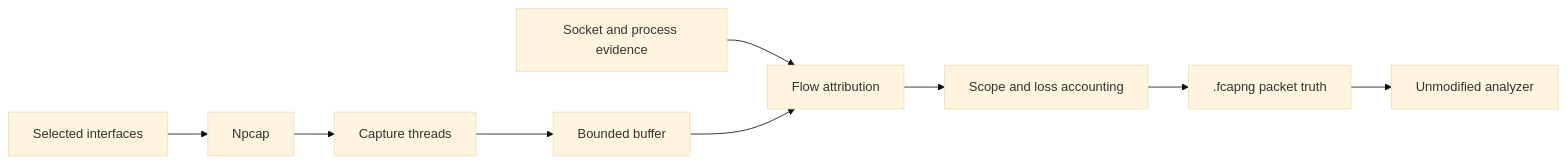
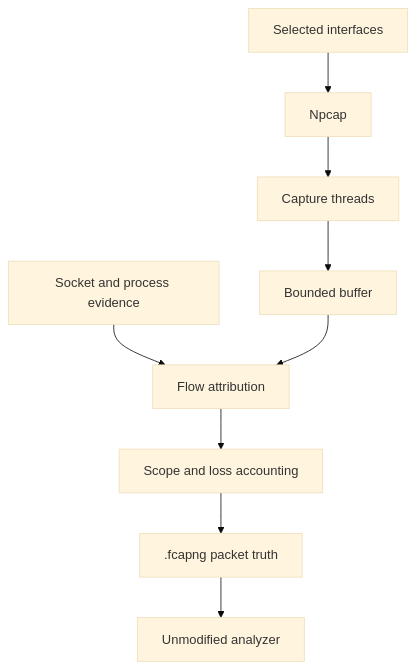
Before and after one commit to h8rt3rmin8r/fragcap: the first of 2 diagrams in site/content/docs/architecture.mdx, drawn with Mermaid (base theme). The commit also changed other lines of this file and 41 other files, not shown here.

````diff
--- a/site/content/docs/architecture.mdx
+++ b/site/content/docs/architecture.mdx
@@ -35,12 +22,12 @@
 ```mermaid
-flowchart LR
+flowchart TB
   accTitle: Capture packet attribution architecture
   nic["Selected interfaces"] --> npcap["Npcap"]
   npcap --> threads["Capture threads"]
   threads --> buffer["Bounded buffer"]
   evidence["Socket and process evidence"] --> attr["Flow attribution"]
   buffer --> attr
   attr --> scope["Scope and loss accounting"]
   scope --> packets[".fcapng packet truth"]
   packets --> analyzer["Unmodified analyzer"]
 ```
````
